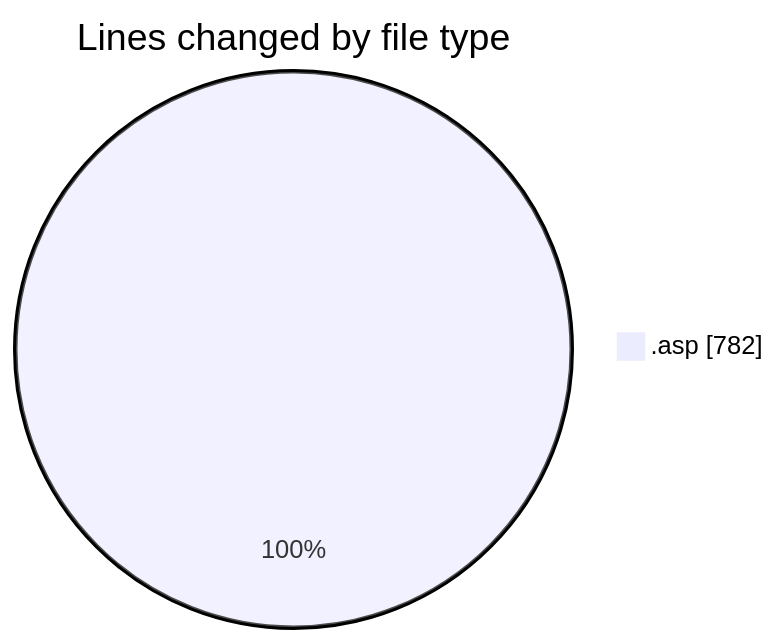
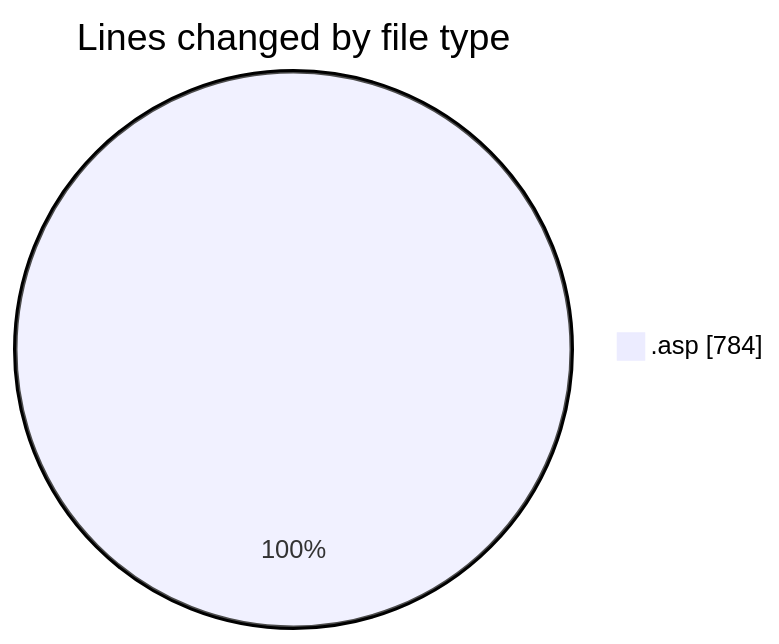
One commit to julien-gomy/code-tracking changed the first of 2 diagrams in 2025-10-28/usr_aleoudev_fr__workspace_/README.md. Above: the diagram before and after it, drawn with Mermaid. The commit also changed other lines of this file and 1 other file, not shown here.

````diff
--- a/2025-10-28/usr_aleoudev_fr__workspace_/README.md
+++ b/2025-10-28/usr_aleoudev_fr__workspace_/README.md
@@ -22,5 +22,5 @@
 ```mermaid
 pie showData
 title Lines changed by file type
-".asp" : 782
+".asp" : 784
 ```
````
